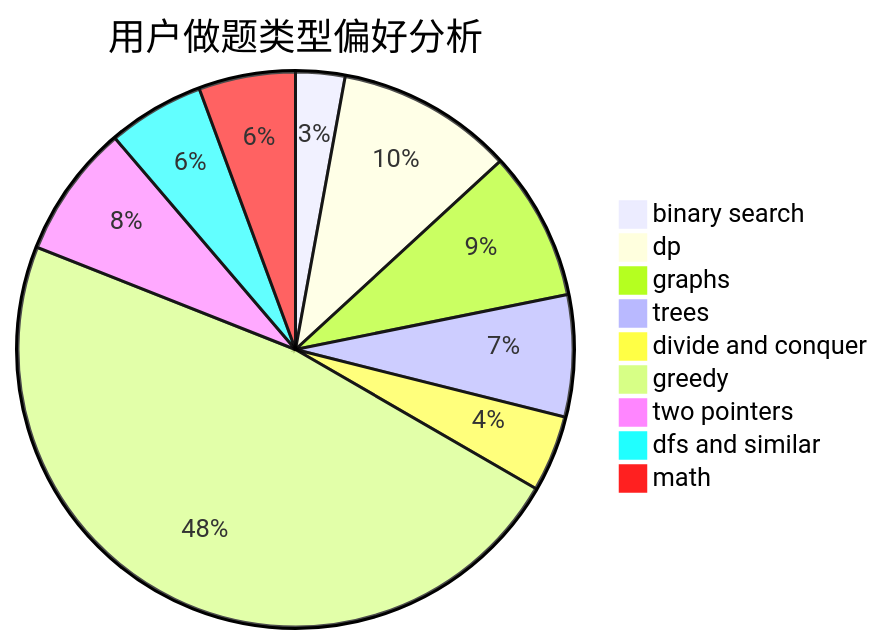
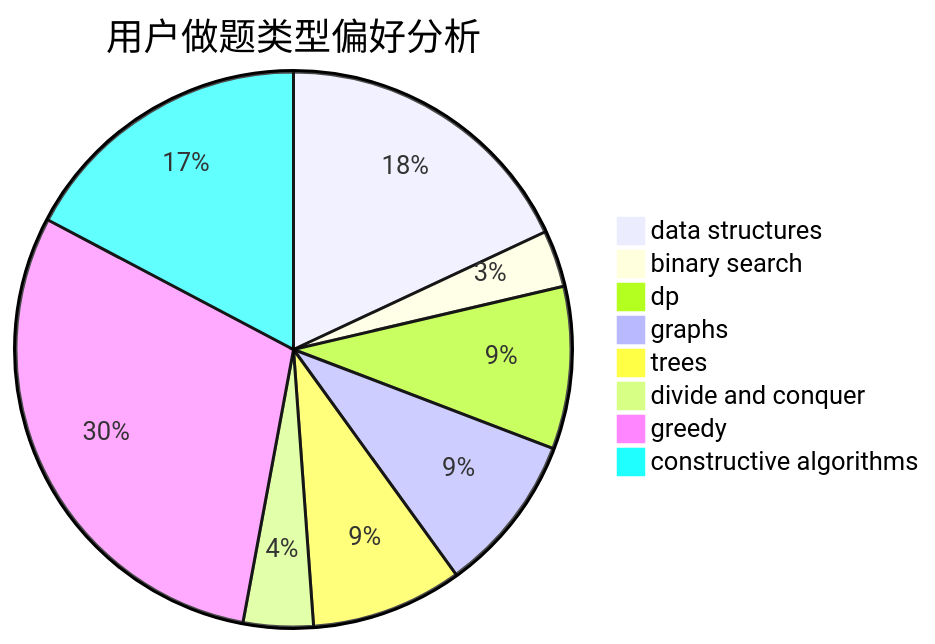
Before and after one commit to sherpahu/cfrs.github.io: the second of 3 diagrams in docs/user/u740.md, drawn with Mermaid. The commit also changed other lines of this file and 2775 other files, not shown here.

````diff
--- a/docs/user/u740.md
+++ b/docs/user/u740.md
@@ -23,12 +23,11 @@
 ```mermaid
 pie title 用户做题类型偏好分析
-    "binary search" :  51
-    "dp" :  183
-    "graphs" :  154
-    "trees" :  126
-    "divide and conquer" :  79
-    "greedy" :  847
-    "two pointers" :  138
-    "dfs and similar" :  100
-    "math" :  100
+    "data structures" :  164
+    "binary search" :  30
+    "dp" :  86
+    "graphs" :  84
+    "trees" :  80
+    "divide and conquer" :  37
+    "greedy" :  271
+    "constructive algorithms" :  157
 ```
````
